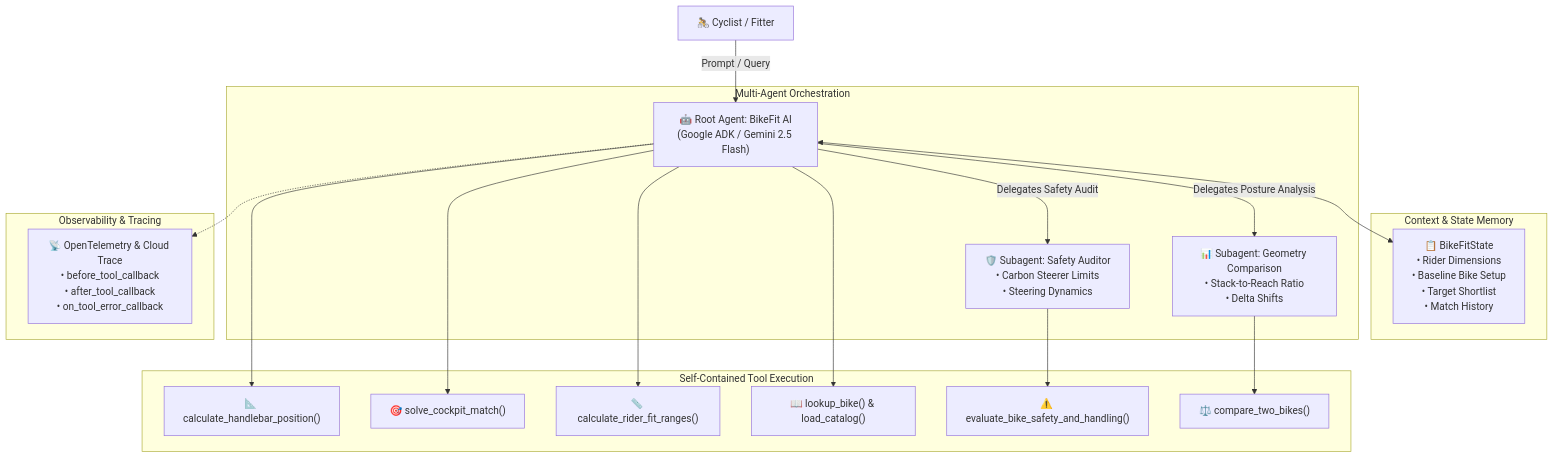
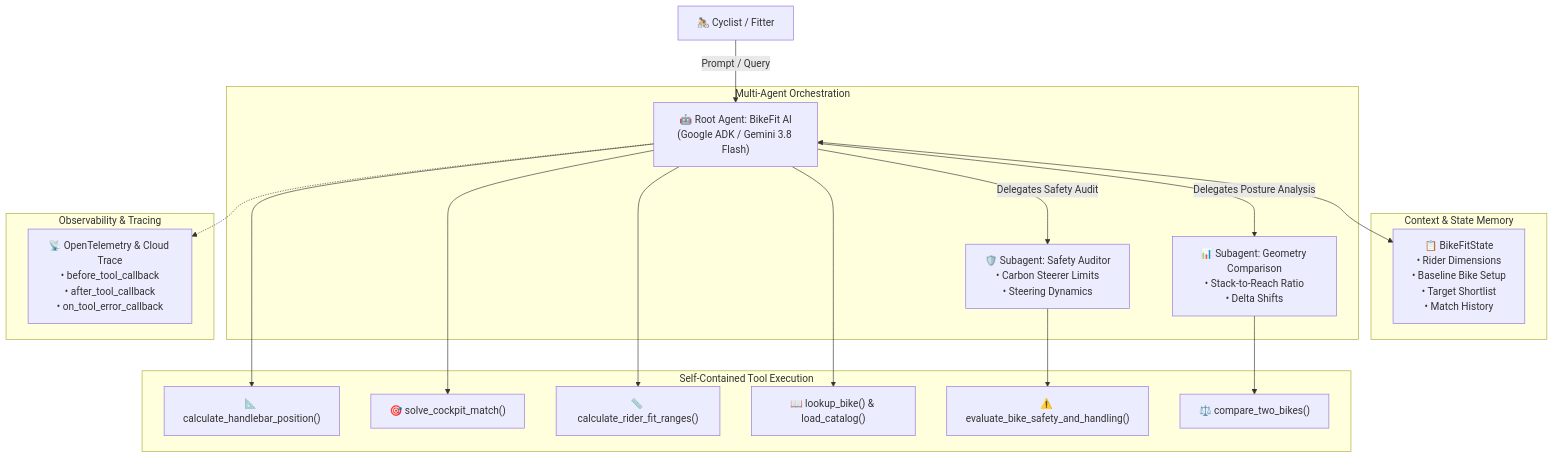
Before and after one commit to zaratsian/bikefit-agent: the diagram in README.md, drawn with Mermaid. The commit also changed other lines of this file and 6 other files, not shown here.

Commit message:
docs: rename Vertex AI to Agent Platform and standardize models on gemini-3.8-flash

````diff
--- a/README.md
+++ b/README.md
@@ -34,28 +34,28 @@
 ```mermaid
 flowchart TD
-    User["🚴 Cyclist / Fitter"] -->|Prompt / Query| RootAgent["🤖 Root Agent: BikeFit AI<br/>(Google ADK / Gemini 2.5 Flash)"]
+    User["🚴 Cyclist / Fitter"] -->|Prompt / Query| RootAgent["🤖 Root Agent: BikeFit AI<br/>(Google ADK / Gemini 3.8 Flash)"]
     
     subgraph "Context & State Memory"
         State["📋 BikeFitState<br/>• Rider Dimensions<br/>• Baseline Bike Setup<br/>• Target Shortlist<br/>• Match History"]
     end
     RootAgent <--> State
 
     subgraph "Multi-Agent Orchestration"
         RootAgent -->|Delegates Safety Audit| SafetyAgent["🛡️ Subagent: Safety Auditor<br/>• Carbon Steerer Limits<br/>• Steering Dynamics"]
         RootAgent -->|Delegates Posture Analysis| CompAgent["📊 Subagent: Geometry Comparison<br/>• Stack-to-Reach Ratio<br/>• Delta Shifts"]
     end
 
     subgraph "Self-Contained Tool Execution"
         RootAgent --> T1["📐 calculate_handlebar_position()"]
         RootAgent --> T2["🎯 solve_cockpit_match()"]
         RootAgent --> T3["📏 calculate_rider_fit_ranges()"]
         RootAgent --> T4["📖 lookup_bike() & load_catalog()"]
         SafetyAgent --> T5["⚠️ evaluate_bike_safety_and_handling()"]
         CompAgent --> T6["⚖️ compare_two_bikes()"]
     end
 
     subgraph "Observability & Tracing"
         Telemetry["📡 OpenTelemetry & Cloud Trace<br/>• before_tool_callback<br/>• after_tool_callback<br/>• on_tool_error_callback"]
     end
     RootAgent -.-> Telemetry
 ```
````
